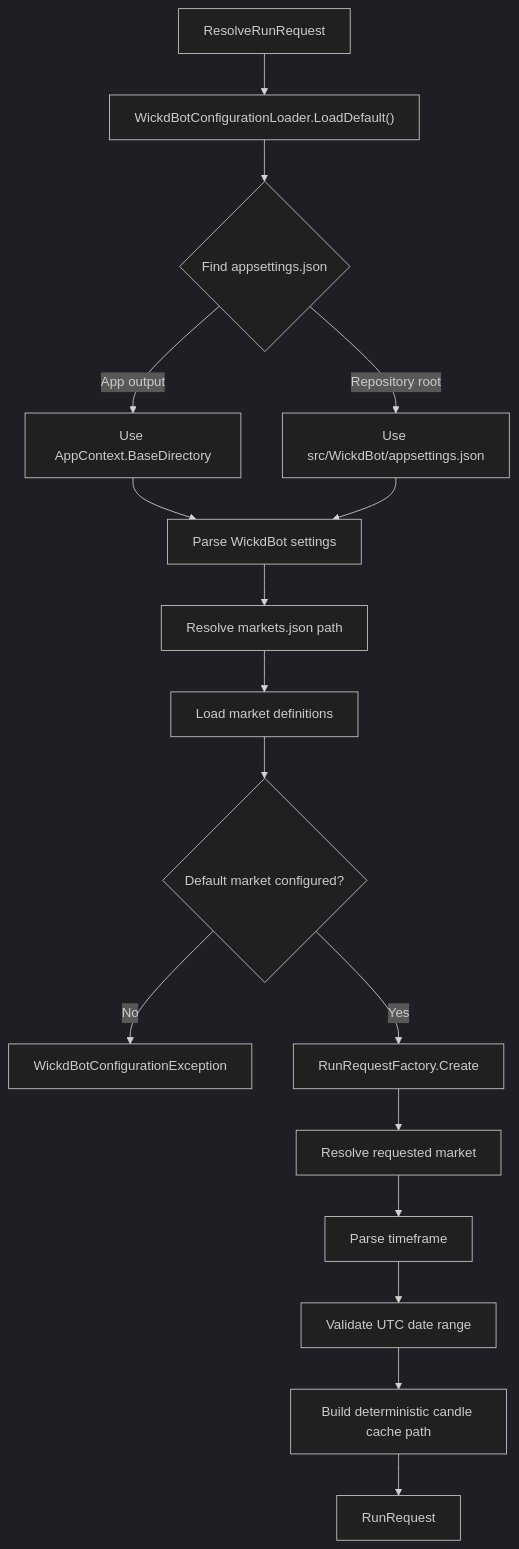
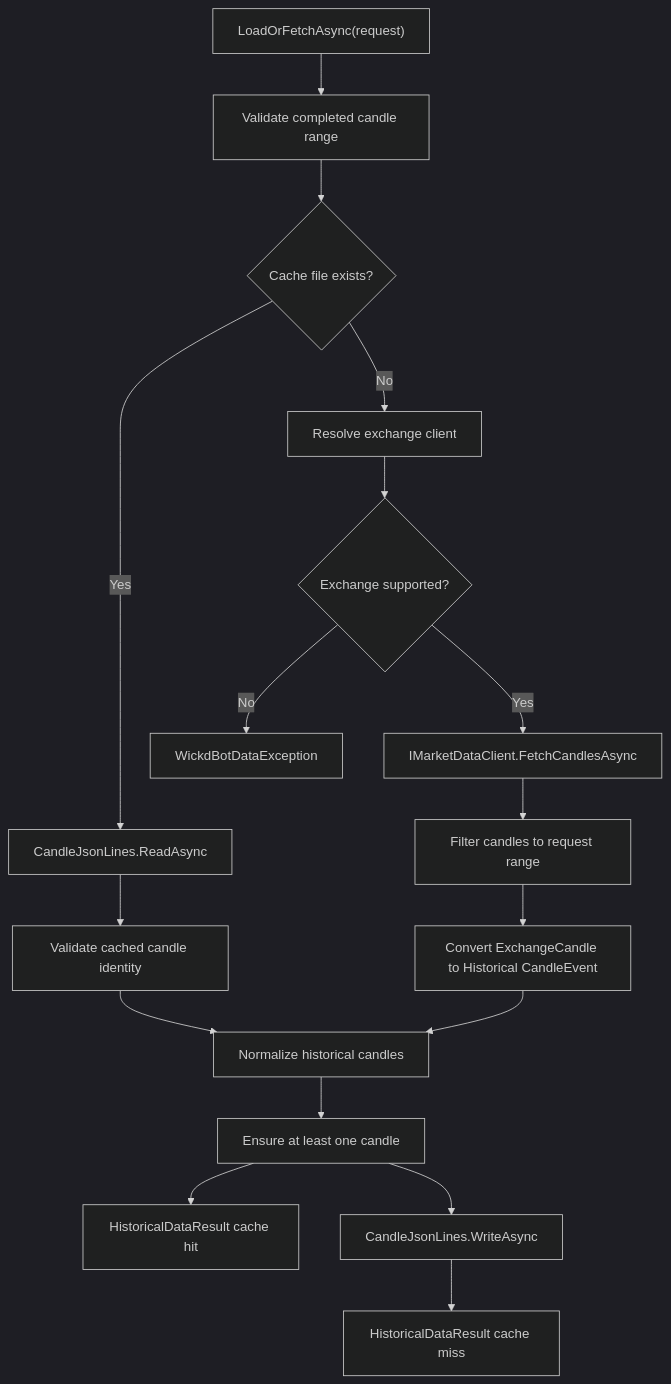
The second of 6 diagrams in docs/business-flows.md (WickdAlgo/wickdbot-dotnet), drawn with Mermaid (dark theme) before and after one commit. The commit also changed other lines of this file, not shown here.

Commit message:
docs: update business flow diagrams for phase 2

````diff
--- a/docs/business-flows.md
+++ b/docs/business-flows.md
@@ -32,19 +56,21 @@
 ```mermaid
 flowchart TD
-    A["ResolveRunRequest"] --> B["WickdBotConfigurationLoader.LoadDefault()"]
-    B --> C{"Find appsettings.json"}
-    C -->|App output| D["Use AppContext.BaseDirectory"]
-    C -->|Repository root| E["Use src/WickdBot/appsettings.json"]
-    D --> F["Parse WickdBot settings"]
-    E --> F
-    F --> G["Resolve markets.json path"]
-    G --> H["Load market definitions"]
-    H --> I{"Default market configured?"}
-    I -->|No| J["WickdBotConfigurationException"]
-    I -->|Yes| K["RunRequestFactory.Create"]
-    K --> L["Resolve requested market"]
-    L --> M["Parse timeframe"]
-    M --> N["Validate UTC date range"]
-    N --> O["Build deterministic candle cache path"]
-    O --> P["RunRequest"]
+    A["LoadOrFetchAsync(request)"] --> B["Validate completed candle range"]
+    B --> C{"Cache file exists?"}
+
+    C -->|Yes| D["CandleJsonLines.ReadAsync"]
+    D --> E["Validate cached candle identity"]
+    E --> F["Normalize historical candles"]
+    F --> G["Ensure at least one candle"]
+    G --> H["HistoricalDataResult cache hit"]
+
+    C -->|No| I["Resolve exchange client"]
+    I --> J{"Exchange supported?"}
+    J -->|No| K["WickdBotDataException"]
+    J -->|Yes| L["IMarketDataClient.FetchCandlesAsync"]
+    L --> M["Filter candles to request range"]
+    M --> N["Convert ExchangeCandle to Historical CandleEvent"]
+    N --> F
+    G --> O["CandleJsonLines.WriteAsync"]
+    O --> P["HistoricalDataResult cache miss"]
 ```
````
